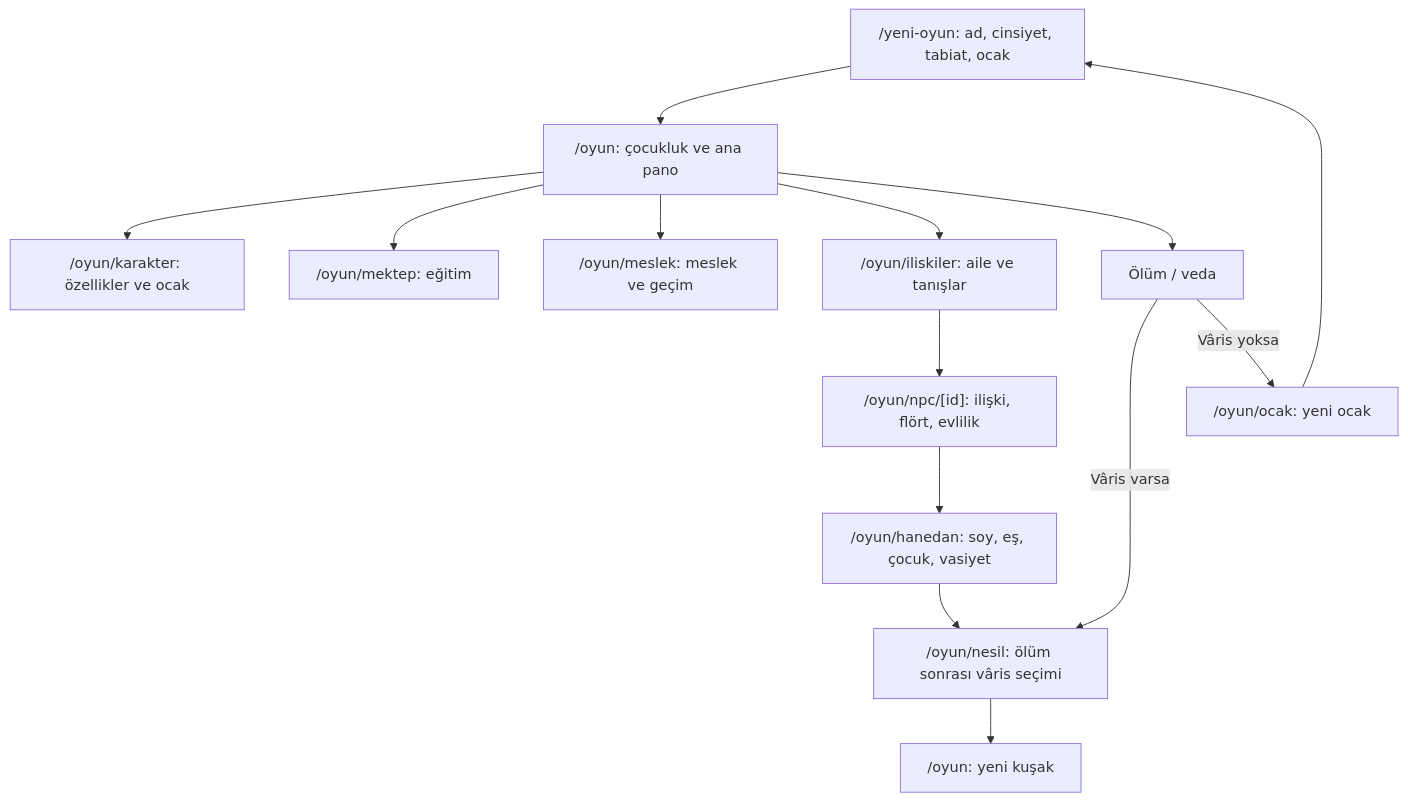
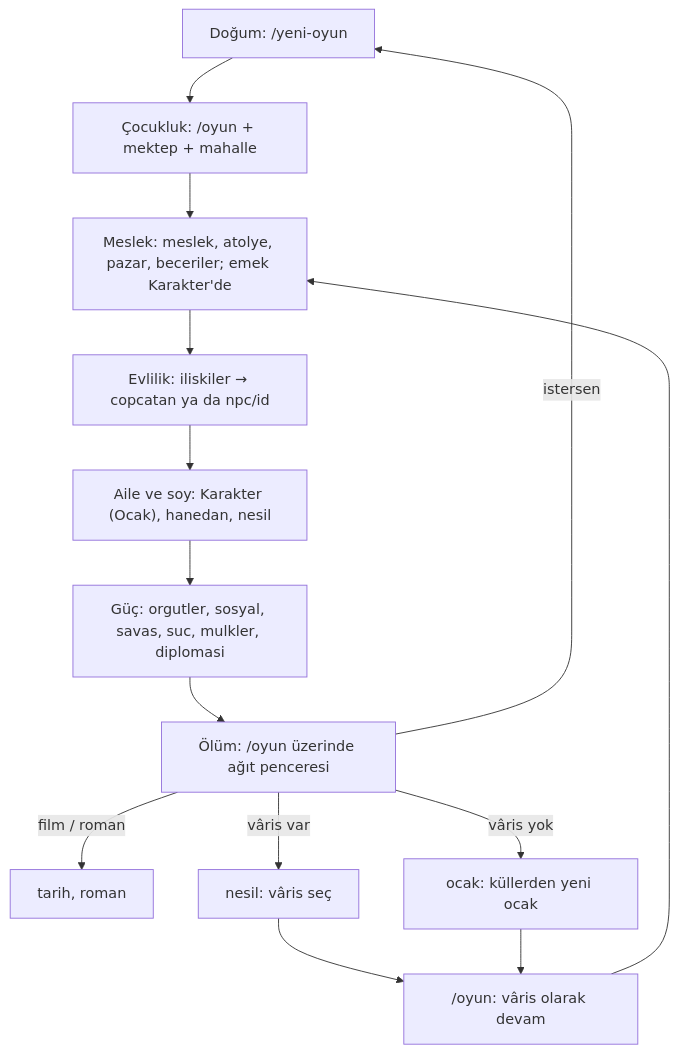
One commit to Tayma96/kroniklerorj changed the fourth of 5 diagrams in EKRAN_HARITASI.md. Above: the diagram before and after it, drawn with Mermaid. The commit also changed other lines of this file, not shown here.

````diff
--- a/EKRAN_HARITASI.md
+++ b/EKRAN_HARITASI.md
@@ -250,16 +277,14 @@
 ```mermaid
 flowchart TD
-  A["/yeni-oyun: ad, cinsiyet, tabiat, ocak"] --> B["/oyun: çocukluk ve ana pano"]
-  B --> C["/oyun/karakter: özellikler ve ocak"]
-  B --> D["/oyun/mektep: eğitim"]
-  B --> E["/oyun/meslek: meslek ve geçim"]
-  B --> F["/oyun/iliskiler: aile ve tanışlar"]
-  F --> G["/oyun/npc/[id]: ilişki, flört, evlilik"]
-  G --> H["/oyun/hanedan: soy, eş, çocuk, vasiyet"]
-  H --> I["/oyun/nesil: ölüm sonrası vâris seçimi"]
-  I --> J["/oyun: yeni kuşak"]
-  B --> K["Ölüm / veda"]
-  K -->|Vâris varsa| I
-  K -->|Vâris yoksa| L["/oyun/ocak: yeni ocak"]
-  L --> A
+  D["Doğum: /yeni-oyun"] --> C["Çocukluk: /oyun + mektep + mahalle"]
+  C --> M["Meslek: meslek, atolye, pazar, beceriler; emek Karakter'de"]
+  M --> E["Evlilik: iliskiler → copcatan ya da npc/id"]
+  E --> A["Aile ve soy: Karakter (Ocak), hanedan, nesil"]
+  A --> G["Güç: orgutler, sosyal, savas, suc, mulkler, diplomasi"]
+  G --> O["Ölüm: /oyun üzerinde ağıt penceresi"]
+  O -->|"film / roman"| R["tarih, roman"]
+  O -->|"vâris var"| N["nesil: vâris seç"] --> C2["/oyun: vâris olarak devam"]
+  O -->|"vâris yok"| K["ocak: küllerden yeni ocak"] --> C2
+  O -->|"istersen"| D
+  C2 --> M
 ```
````
